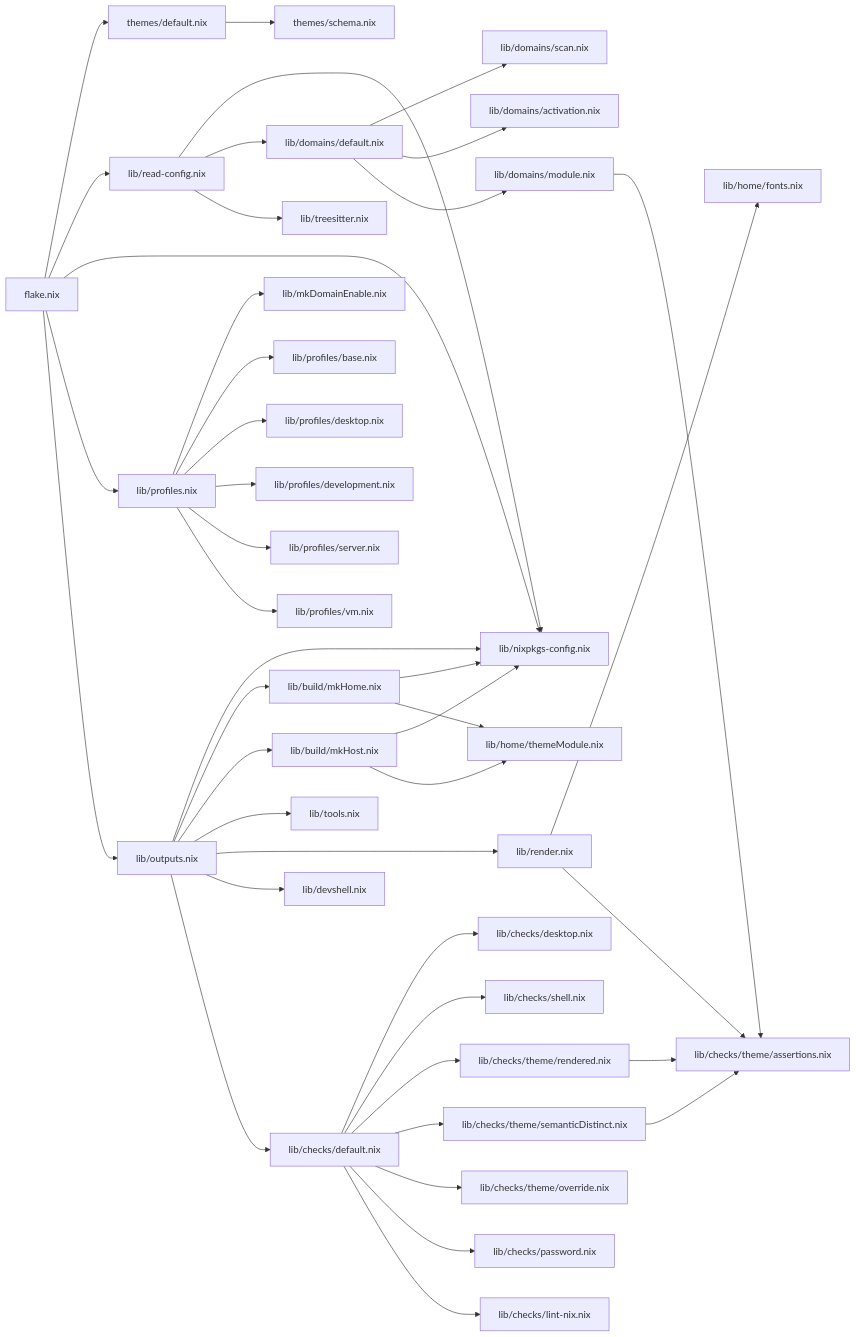
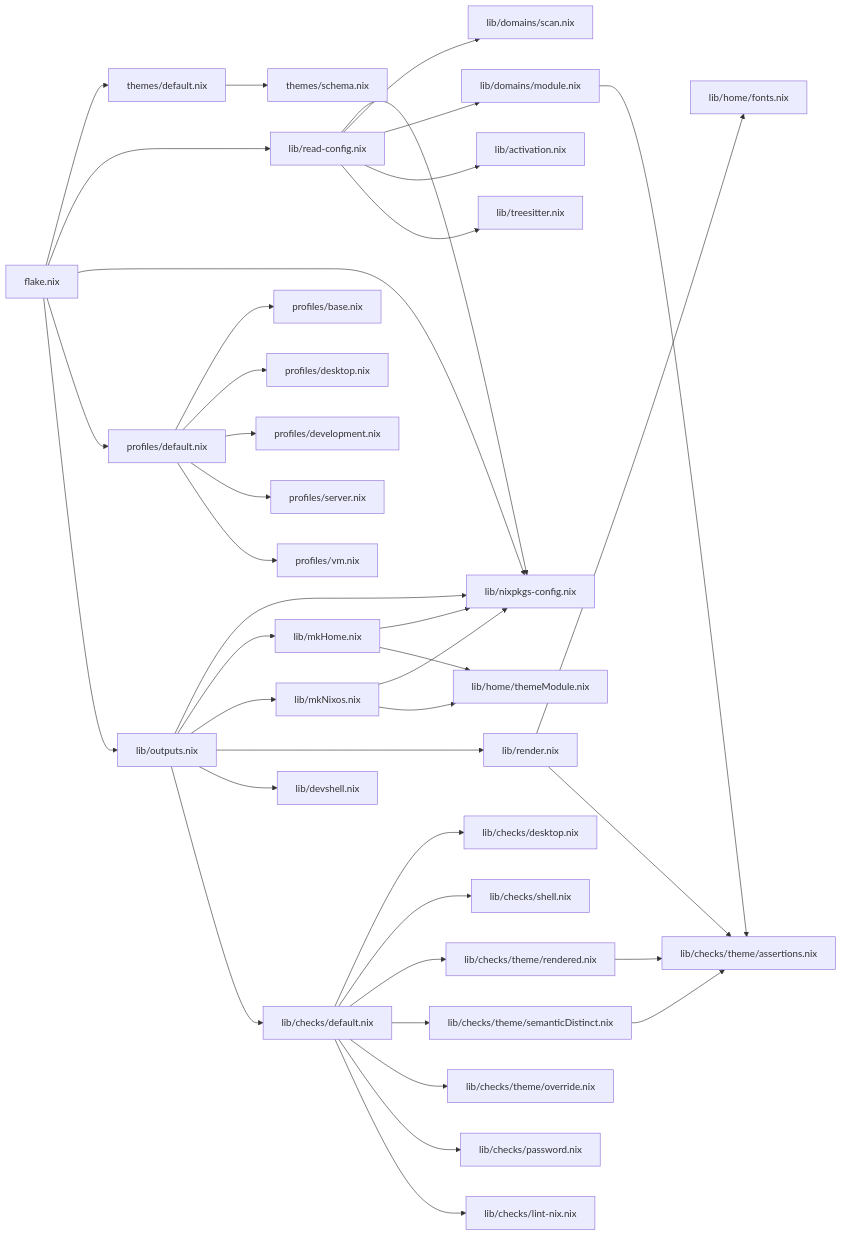
One commit to joaosimsic/angst changed the diagram in analysis.md. Above: the diagram before and after it, drawn with Mermaid. The commit also changed other lines of this file and 21 other files, not shown here.

````diff
--- a/analysis.md
+++ b/analysis.md
@@ -250,44 +244,41 @@
 ```mermaid
 flowchart LR
     n0["flake.nix"] --> n1["themes/default.nix"]
     n1["themes/default.nix"] --> n2["themes/schema.nix"]
     n0["flake.nix"] --> n3["lib/read-config.nix"]
     n3["lib/read-config.nix"] --> n4["lib/nixpkgs-config.nix"]
-    n3["lib/read-config.nix"] --> n5["lib/domains/default.nix"]
-    n5["lib/domains/default.nix"] --> n6["lib/domains/scan.nix"]
-    n5["lib/domains/default.nix"] --> n7["lib/domains/activation.nix"]
-    n5["lib/domains/default.nix"] --> n8["lib/domains/module.nix"]
-    n8["lib/domains/module.nix"] --> n9["lib/checks/theme/assertions.nix"]
-    n3["lib/read-config.nix"] --> n10["lib/treesitter.nix"]
+    n3["lib/read-config.nix"] --> n5["lib/domains/scan.nix"]
+    n3["lib/read-config.nix"] --> n6["lib/domains/module.nix"]
+    n6["lib/domains/module.nix"] --> n7["lib/checks/theme/assertions.nix"]
+    n3["lib/read-config.nix"] --> n8["lib/activation.nix"]
+    n3["lib/read-config.nix"] --> n9["lib/treesitter.nix"]
     n0["flake.nix"] --> n4["lib/nixpkgs-config.nix"]
-    n0["flake.nix"] --> n11["lib/profiles.nix"]
-    n11["lib/profiles.nix"] --> n12["lib/mkDomainEnable.nix"]
-    n11["lib/profiles.nix"] --> n13["lib/profiles/base.nix"]
-    n11["lib/profiles.nix"] --> n14["lib/profiles/desktop.nix"]
-    n11["lib/profiles.nix"] --> n15["lib/profiles/development.nix"]
-    n11["lib/profiles.nix"] --> n16["lib/profiles/server.nix"]
-    n11["lib/profiles.nix"] --> n17["lib/profiles/vm.nix"]
-    n0["flake.nix"] --> n18["lib/outputs.nix"]
-    n18["lib/outputs.nix"] --> n4["lib/nixpkgs-config.nix"]
-    n18["lib/outputs.nix"] --> n19["lib/build/mkHome.nix"]
-    n19["lib/build/mkHome.nix"] --> n4["lib/nixpkgs-config.nix"]
-    n19["lib/build/mkHome.nix"] --> n20["lib/home/themeModule.nix"]
-    n18["lib/outputs.nix"] --> n21["lib/build/mkHost.nix"]
-    n21["lib/build/mkHost.nix"] --> n4["lib/nixpkgs-config.nix"]
-    n21["lib/build/mkHost.nix"] --> n20["lib/home/themeModule.nix"]
-    n18["lib/outputs.nix"] --> n22["lib/tools.nix"]
-    n18["lib/outputs.nix"] --> n23["lib/render.nix"]
-    n23["lib/render.nix"] --> n24["lib/home/fonts.nix"]
-    n23["lib/render.nix"] --> n9["lib/checks/theme/assertions.nix"]
-    n18["lib/outputs.nix"] --> n25["lib/devshell.nix"]
-    n18["lib/outputs.nix"] --> n26["lib/checks/default.nix"]
-    n26["lib/checks/default.nix"] --> n27["lib/checks/desktop.nix"]
-    n26["lib/checks/default.nix"] --> n28["lib/checks/shell.nix"]
-    n26["lib/checks/default.nix"] --> n29["lib/checks/theme/rendered.nix"]
-    n29["lib/checks/theme/rendered.nix"] --> n9["lib/checks/theme/assertions.nix"]
-    n26["lib/checks/default.nix"] --> n30["lib/checks/theme/semanticDistinct.nix"]
-    n30["lib/checks/theme/semanticDistinct.nix"] --> n9["lib/checks/theme/assertions.nix"]
-    n26["lib/checks/default.nix"] --> n31["lib/checks/theme/override.nix"]
-    n26["lib/checks/default.nix"] --> n32["lib/checks/password.nix"]
-    n26["lib/checks/default.nix"] --> n33["lib/checks/lint-nix.nix"]
+    n0["flake.nix"] --> n10["profiles/default.nix"]
+    n10["profiles/default.nix"] --> n11["profiles/base.nix"]
+    n10["profiles/default.nix"] --> n12["profiles/desktop.nix"]
+    n10["profiles/default.nix"] --> n13["profiles/development.nix"]
+    n10["profiles/default.nix"] --> n14["profiles/server.nix"]
+    n10["profiles/default.nix"] --> n15["profiles/vm.nix"]
+    n0["flake.nix"] --> n16["lib/outputs.nix"]
+    n16["lib/outputs.nix"] --> n4["lib/nixpkgs-config.nix"]
+    n16["lib/outputs.nix"] --> n17["lib/mkHome.nix"]
+    n17["lib/mkHome.nix"] --> n4["lib/nixpkgs-config.nix"]
+    n17["lib/mkHome.nix"] --> n18["lib/home/themeModule.nix"]
+    n16["lib/outputs.nix"] --> n19["lib/mkNixos.nix"]
+    n19["lib/mkNixos.nix"] --> n4["lib/nixpkgs-config.nix"]
+    n19["lib/mkNixos.nix"] --> n18["lib/home/themeModule.nix"]
+    n16["lib/outputs.nix"] --> n20["lib/render.nix"]
+    n20["lib/render.nix"] --> n21["lib/home/fonts.nix"]
+    n20["lib/render.nix"] --> n7["lib/checks/theme/assertions.nix"]
+    n16["lib/outputs.nix"] --> n22["lib/devshell.nix"]
+    n16["lib/outputs.nix"] --> n23["lib/checks/default.nix"]
+    n23["lib/checks/default.nix"] --> n24["lib/checks/desktop.nix"]
+    n23["lib/checks/default.nix"] --> n25["lib/checks/shell.nix"]
+    n23["lib/checks/default.nix"] --> n26["lib/checks/theme/rendered.nix"]
+    n26["lib/checks/theme/rendered.nix"] --> n7["lib/checks/theme/assertions.nix"]
+    n23["lib/checks/default.nix"] --> n27["lib/checks/theme/semanticDistinct.nix"]
+    n27["lib/checks/theme/semanticDistinct.nix"] --> n7["lib/checks/theme/assertions.nix"]
+    n23["lib/checks/default.nix"] --> n28["lib/checks/theme/override.nix"]
+    n23["lib/checks/default.nix"] --> n29["lib/checks/password.nix"]
+    n23["lib/checks/default.nix"] --> n30["lib/checks/lint-nix.nix"]
 ```
````
